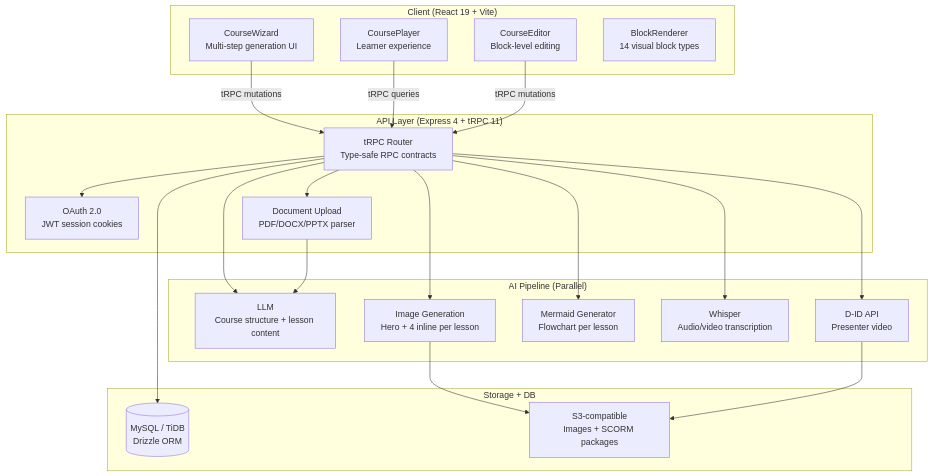
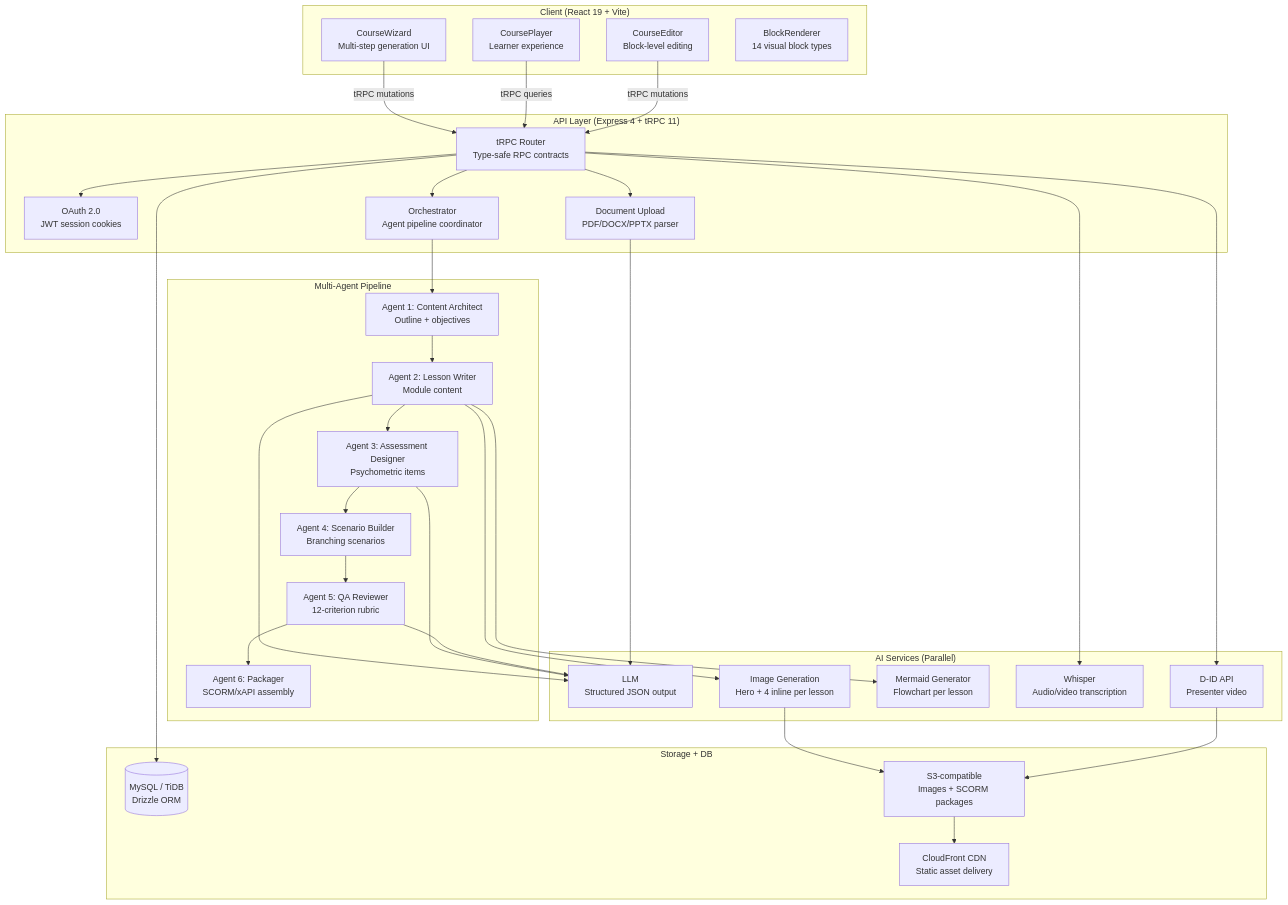
One commit to samirdas4u/learning-catalyst changed the diagram in README.md. Above: the diagram before and after it, drawn with Mermaid. The commit also changed other lines of this file, not shown here.

Commit message:
Expand README: multi-agent architecture, QA rubric, psychometrics, security, error handling, engineering quality, roadmap

````diff
--- a/README.md
+++ b/README.md
@@ -43,43 +86,59 @@
 ```mermaid
 graph TB
     subgraph Client ["Client (React 19 + Vite)"]
         CW[CourseWizard<br/>Multi-step generation UI]
         CP[CoursePlayer<br/>Learner experience]
         CE[CourseEditor<br/>Block-level editing]
         BR[BlockRenderer<br/>14 visual block types]
     end
 
     subgraph API ["API Layer (Express 4 + tRPC 11)"]
         TR[tRPC Router<br/>Type-safe RPC contracts]
         AUTH[OAuth 2.0<br/>JWT session cookies]
         UP[Document Upload<br/>PDF/DOCX/PPTX parser]
+        ORCH[Orchestrator<br/>Agent pipeline coordinator]
     end
 
-    subgraph AI ["AI Pipeline (Parallel)"]
-        LLM[LLM<br/>Course structure + lesson content]
+    subgraph Agents ["Multi-Agent Pipeline"]
+        A1[Agent 1: Content Architect<br/>Outline + objectives]
+        A2[Agent 2: Lesson Writer<br/>Module content]
+        A3[Agent 3: Assessment Designer<br/>Psychometric items]
+        A4[Agent 4: Scenario Builder<br/>Branching scenarios]
+        A5[Agent 5: QA Reviewer<br/>12-criterion rubric]
+        A6[Agent 6: Packager<br/>SCORM/xAPI assembly]
+    end
+
+    subgraph AI ["AI Services (Parallel)"]
+        LLM[LLM<br/>Structured JSON output]
         IMG[Image Generation<br/>Hero + 4 inline per lesson]
         MMD[Mermaid Generator<br/>Flowchart per lesson]
         WH[Whisper<br/>Audio/video transcription]
         DID[D-ID API<br/>Presenter video]
     end
 
     subgraph Storage ["Storage + DB"]
         DB[(MySQL / TiDB<br/>Drizzle ORM)]
         S3[S3-compatible<br/>Images + SCORM packages]
+        CDN[CloudFront CDN<br/>Static asset delivery]
     end
 
     CW -->|tRPC mutations| TR
     CP -->|tRPC queries| TR
     CE -->|tRPC mutations| TR
     TR --> AUTH
-    TR --> LLM
-    TR --> IMG
-    TR --> MMD
+    TR --> ORCH
+    ORCH --> A1 --> A2 --> A3 --> A4 --> A5 --> A6
+    A2 --> LLM
+    A2 --> IMG
+    A2 --> MMD
+    A3 --> LLM
+    A5 --> LLM
     TR --> WH
     TR --> DID
     TR --> DB
     IMG --> S3
     DID --> S3
+    S3 --> CDN
     TR --> UP
     UP --> LLM
 ```
````
